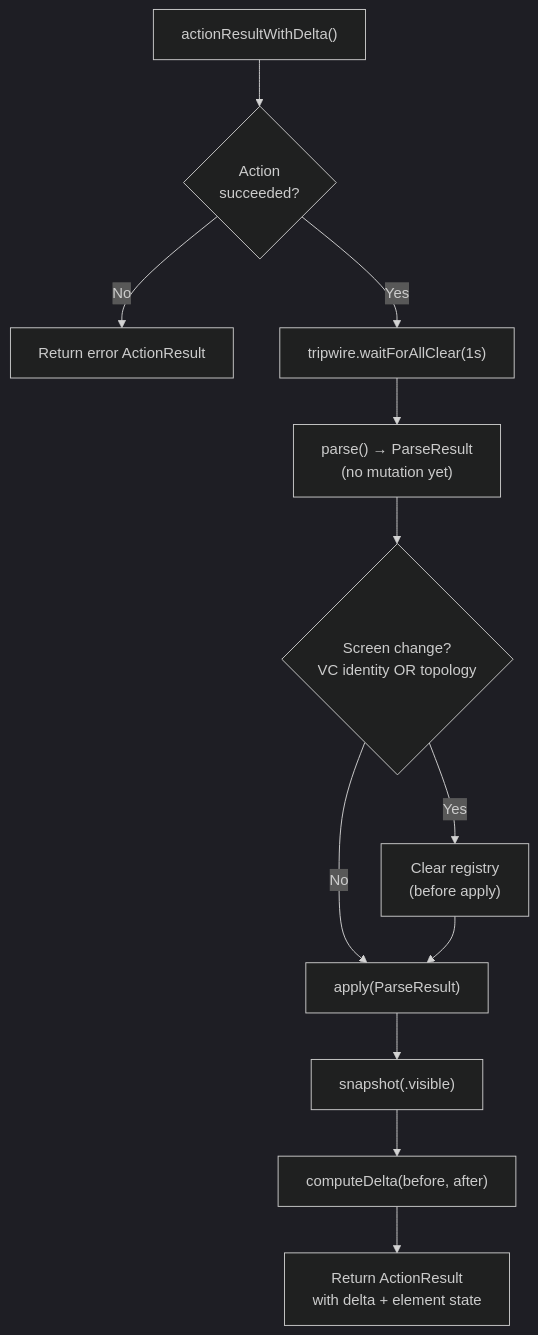
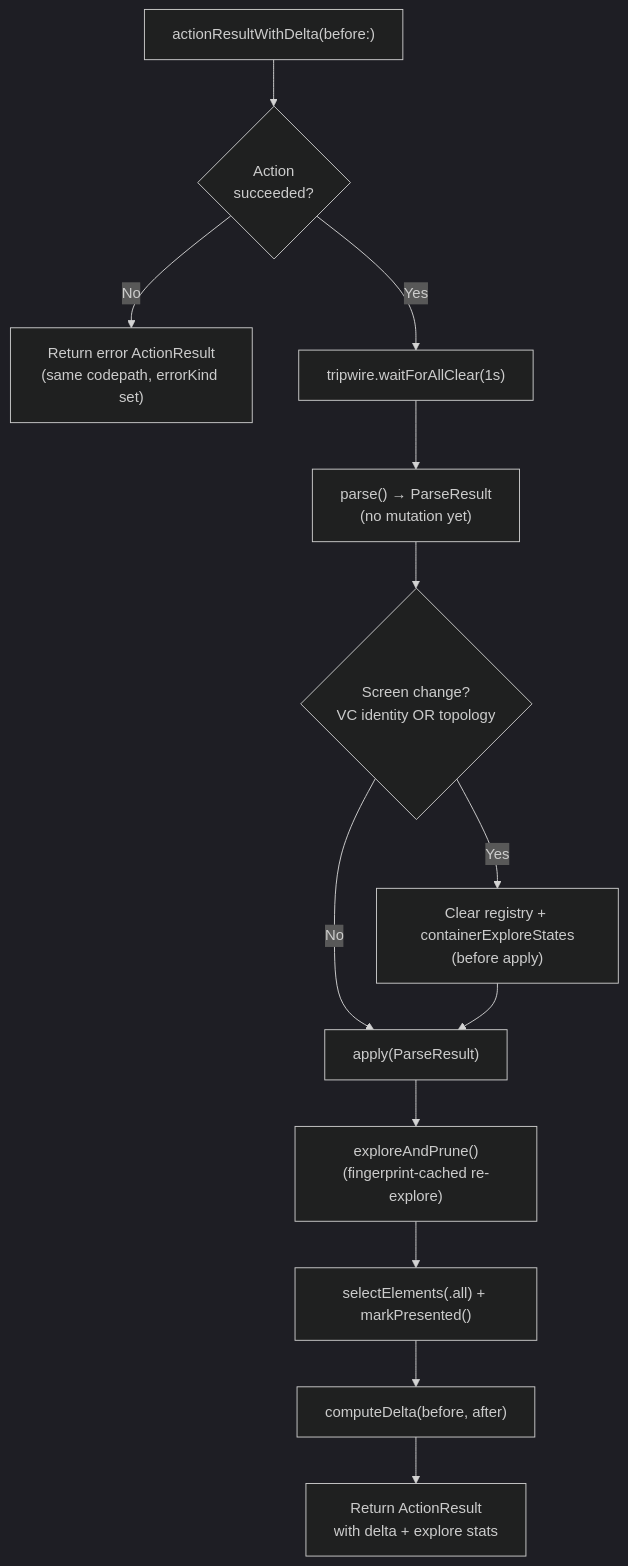
One commit to RoyalPineapple/TheButtonHeist changed the seventh of 7 diagrams in docs/dossiers/13-THEBAGMAN.md. Above: the diagram before and after it, drawn with Mermaid (dark theme). The commit also changed other lines of this file and 29 other files, not shown here.

First line of the commit message:
Post-action re-explore, screenId, readability audit, hook fix (#233)

````diff
--- a/docs/dossiers/13-THEBAGMAN.md
+++ b/docs/dossiers/13-THEBAGMAN.md
@@ -187,16 +193,17 @@
 ```mermaid
 flowchart TD
-    A["actionResultWithDelta()"] --> B{Action<br/>succeeded?}
-    B -->|No| C["Return error ActionResult"]
+    A["actionResultWithDelta(before:)"] --> B{Action<br/>succeeded?}
+    B -->|No| C["Return error ActionResult<br/>(same codepath, errorKind set)"]
     B -->|Yes| D["tripwire.waitForAllClear(1s)"]
     D --> E["parse() → ParseResult<br/>(no mutation yet)"]
 
     E --> F{Screen change?<br/>VC identity OR topology}
-    F -->|Yes| G["Clear registry<br/>(before apply)"]
+    F -->|Yes| G["Clear registry + containerExploreStates<br/>(before apply)"]
     F -->|No| H["apply(ParseResult)"]
     G --> H
 
-    H --> I["snapshot(.visible)"]
-    I --> J["computeDelta(before, after)"]
-    J --> K["Return ActionResult<br/>with delta + element state"]
+    H --> I["exploreAndPrune()<br/>(fingerprint-cached re-explore)"]
+    I --> J["selectElements(.all) + markPresented()"]
+    J --> K["computeDelta(before, after)"]
+    K --> L["Return ActionResult<br/>with delta + explore stats"]
 ```
````
